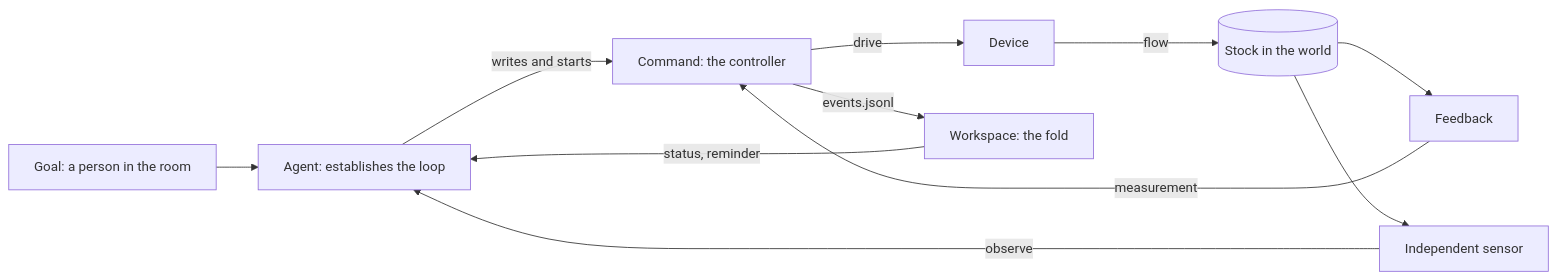
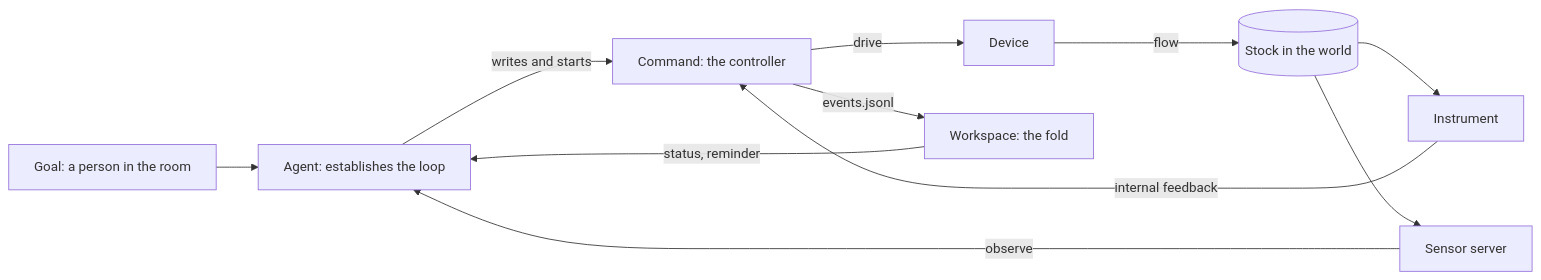
One commit to ambionframework/ambion changed the diagram in docs/actuators.md. Above: the diagram before and after it, drawn with Mermaid. The commit also changed other lines of this file and 2 other files, not shown here.

First line of the commit message:
Keep actuator inputs inside the command

````diff
--- a/docs/actuators.md
+++ b/docs/actuators.md
@@ -68,13 +79,13 @@
 ```mermaid
 flowchart LR
   goal[Goal: a person in the room] --> agent[Agent: establishes the loop]
   agent -- writes and starts --> command[Command: the controller]
   command -- drive --> device[Device]
   device -- flow --> stock[(Stock in the world)]
-  stock --> feedback[Feedback]
-  feedback -- measurement --> command
+  stock --> instrument[Instrument]
+  instrument -- internal feedback --> command
   command -- events.jsonl --> fold[Workspace: the fold]
   fold -- status, reminder --> agent
-  stock --> independent[Independent sensor]
-  independent -- observe --> agent
+  stock --> sensor[Sensor server]
+  sensor -- observe --> agent
 ```
````
